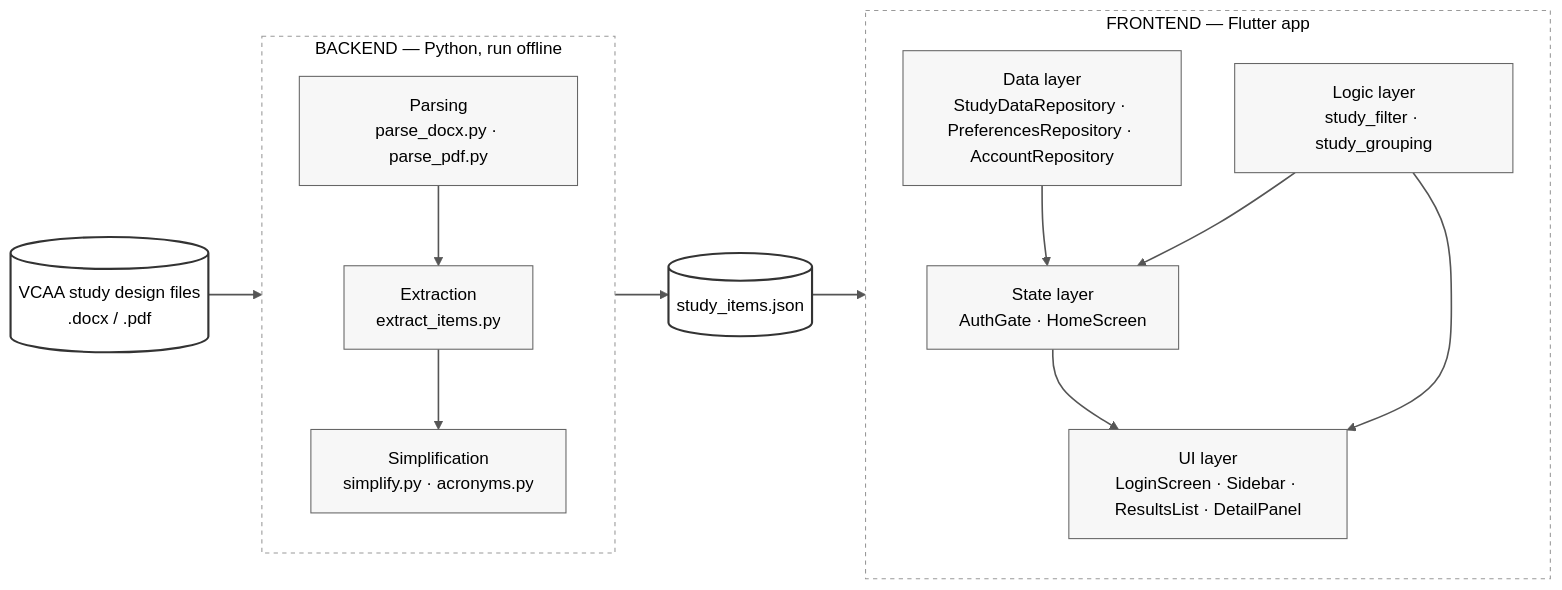
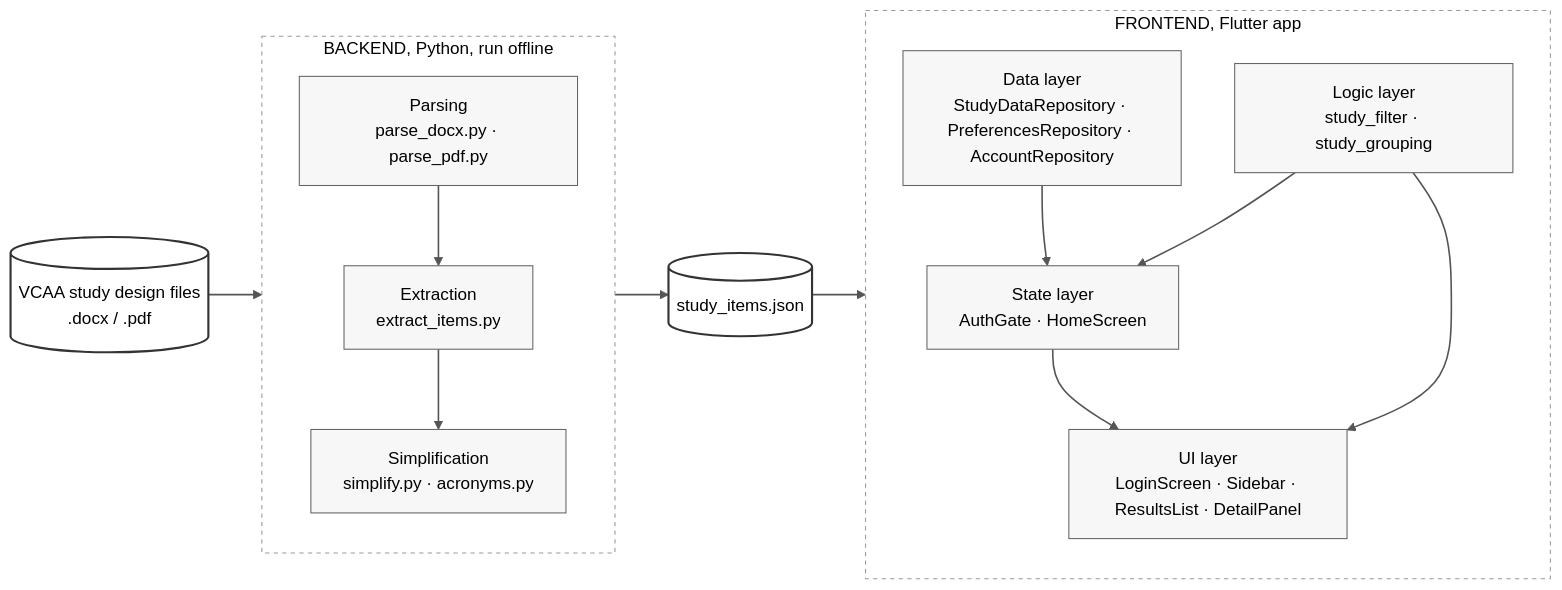
One commit to Sasen12/vce_unpacked changed the diagram in README.md. Above: the diagram before and after it, drawn with Mermaid. The commit also changed other lines of this file and 1 other file, not shown here.

````diff
--- a/README.md
+++ b/README.md
@@ -19,38 +19,38 @@
 ```mermaid
 flowchart LR
     A[("VCAA study design files<br/>.docx / .pdf")]
 
-    subgraph BE["BACKEND — Python, run offline"]
+    subgraph BE["BACKEND, Python, run offline"]
         direction TB
         B["Parsing<br/>parse_docx.py · parse_pdf.py"]
         C["Extraction<br/>extract_items.py"]
         D["Simplification<br/>simplify.py · acronyms.py"]
         B --> C --> D
     end
 
     E[("study_items.json")]
 
-    subgraph FE["FRONTEND — Flutter app"]
+    subgraph FE["FRONTEND, Flutter app"]
         direction TB
         F["Data layer<br/>StudyDataRepository · PreferencesRepository · AccountRepository"]
         L["Logic layer<br/>study_filter · study_grouping"]
         G["State layer<br/>AuthGate · HomeScreen"]
         H["UI layer<br/>LoginScreen · Sidebar · ResultsList · DetailPanel"]
         F --> G
         L --> G
         L --> H
         G --> H
     end
 
     A --> B
     D --> E
     E --> F
 
     classDef store fill:#fff,stroke:#333,stroke-width:2px,color:#000
     classDef tier fill:#f7f7f7,stroke:#666,stroke-width:1px,color:#000
     class A,E store
     class B,C,D,F,L,G,H tier
     style BE fill:#fff,stroke:#999,stroke-width:1px,stroke-dasharray: 4 4,color:#000
     style FE fill:#fff,stroke:#999,stroke-width:1px,stroke-dasharray: 4 4,color:#000
     linkStyle default stroke:#555,stroke-width:1.5px
 ```
````
